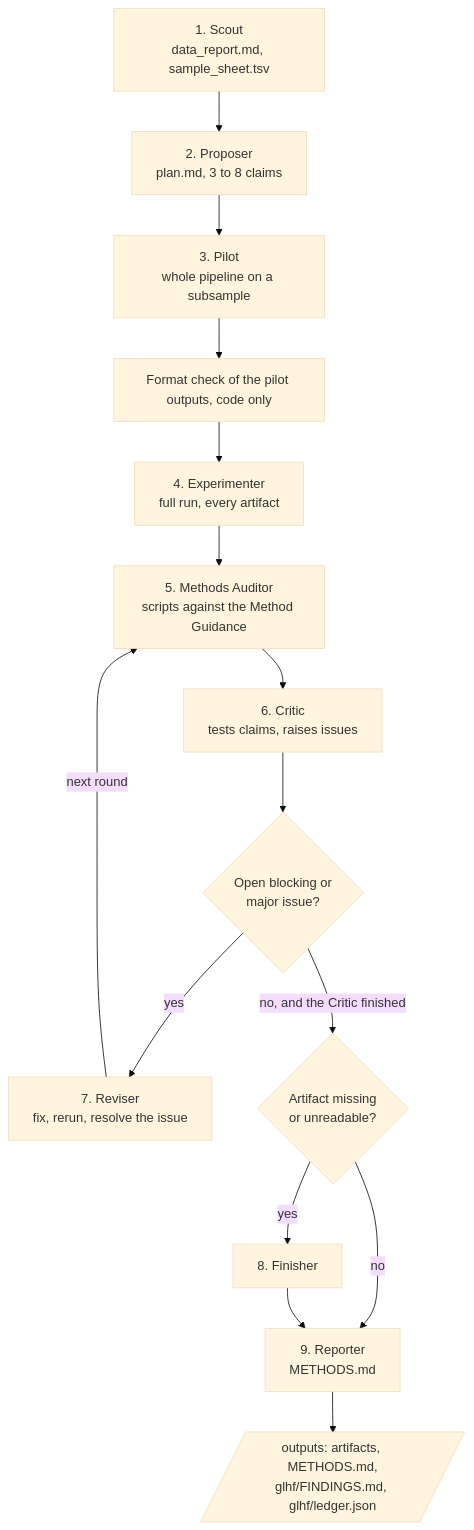
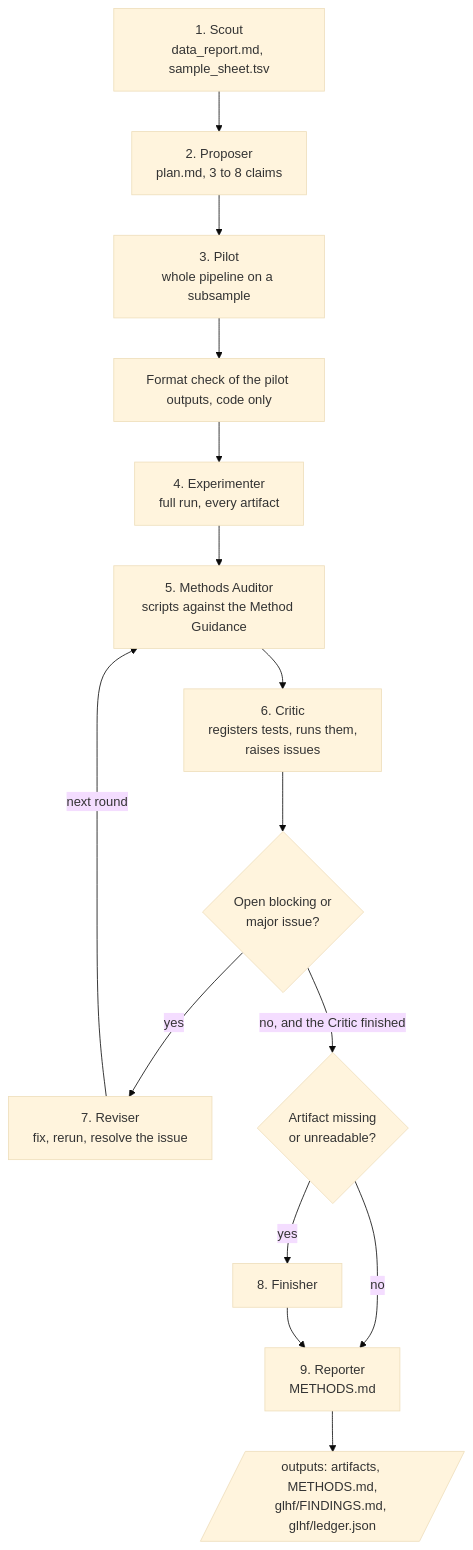
Before and after one commit to itsbrendandang/agent-test: the second of 3 diagrams in glhf/docs/DESIGN.md, drawn with Mermaid (base theme). The commit also changed other lines of this file and 10 other files, not shown here.

````diff
--- a/glhf/docs/DESIGN.md
+++ b/glhf/docs/DESIGN.md
@@ -38,17 +38,17 @@
 ```mermaid
 flowchart TD
     A[1. Scout<br/>data_report.md, sample_sheet.tsv] --> P[2. Proposer<br/>plan.md, 3 to 8 claims]
     P --> PI[3. Pilot<br/>whole pipeline on a subsample]
     PI --> K0[Format check of the pilot outputs, code only]
     K0 --> E[4. Experimenter<br/>full run, every artifact]
     E --> AU[5. Methods Auditor<br/>scripts against the Method Guidance]
-    AU --> C[6. Critic<br/>tests claims, raises issues]
+    AU --> C[6. Critic<br/>registers tests, runs them,<br/>raises issues]
     C --> Q{Open blocking or<br/>major issue?}
     Q -->|yes| V[7. Reviser<br/>fix, rerun, resolve the issue]
     V -->|next round| AU
     Q -->|no, and the Critic finished| F{Artifact missing<br/>or unreadable?}
     F -->|yes| FI[8. Finisher]
     F -->|no| W[9. Reporter<br/>METHODS.md]
     FI --> W
     W --> OUT[/outputs: artifacts, METHODS.md,<br/>glhf/FINDINGS.md, glhf/ledger.json/]
 ```
````
